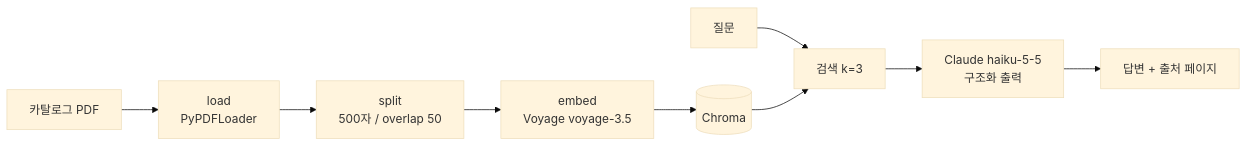
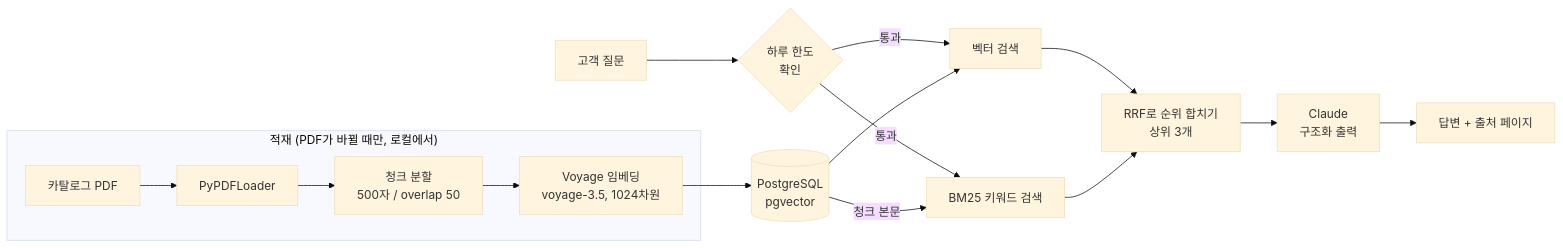
Before and after one commit to ikyoon0619/ai-cs-agent: the diagram in README.md, drawn with Mermaid (base theme). The commit also changed other lines of this file, not shown here.

Commit message:
docs: 데모 링크와 현재 구조(pgvector, 하이브리드 검색, 배포)로 README 갱신

````diff
--- a/README.md
+++ b/README.md
@@ -10,11 +12,19 @@
 ```mermaid
 flowchart LR
-    A[카탈로그 PDF] --> B[load<br/>PyPDFLoader]
-    B --> C[split<br/>500자 / overlap 50]
-    C --> D[embed<br/>Voyage voyage-3.5]
-    D --> E[(Chroma)]
-    Q[질문] --> F[검색 k=3]
-    E --> F
-    F --> G[Claude haiku-5-5<br/>구조화 출력]
+    subgraph 적재["적재 (PDF가 바뀔 때만, 로컬에서)"]
+        A[카탈로그 PDF] --> B[PyPDFLoader]
+        B --> C[청크 분할<br/>500자 / overlap 50]
+        C --> D[Voyage 임베딩<br/>voyage-3.5, 1024차원]
+    end
+    D --> E[(PostgreSQL<br/>pgvector)]
+
+    Q[고객 질문] --> L{하루 한도<br/>확인}
+    L -->|통과| V[벡터 검색]
+    L -->|통과| K[BM25 키워드 검색]
+    E --> V
+    E -->|청크 본문| K
+    V --> R[RRF로 순위 합치기<br/>상위 3개]
+    K --> R
+    R --> G[Claude<br/>구조화 출력]
     G --> H[답변 + 출처 페이지]
 ```
````
